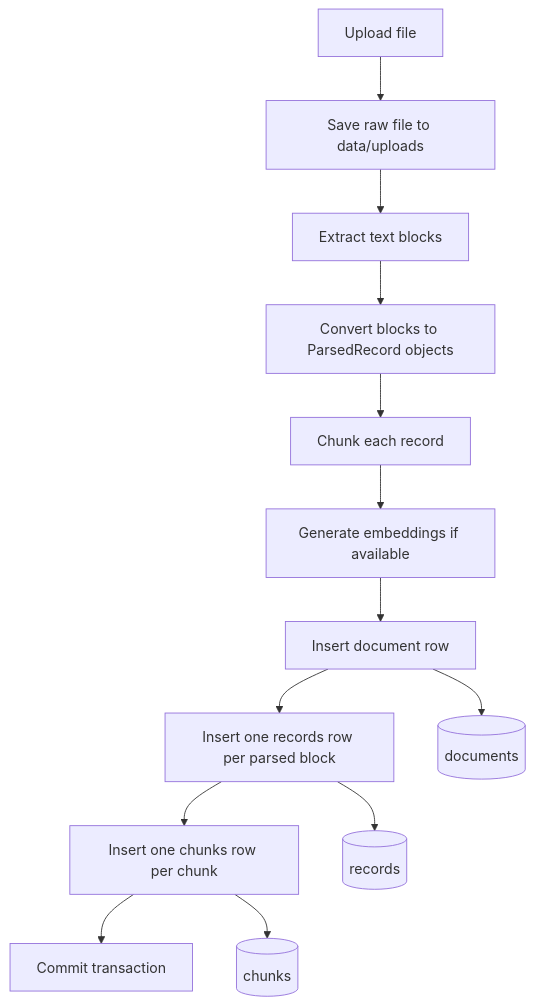
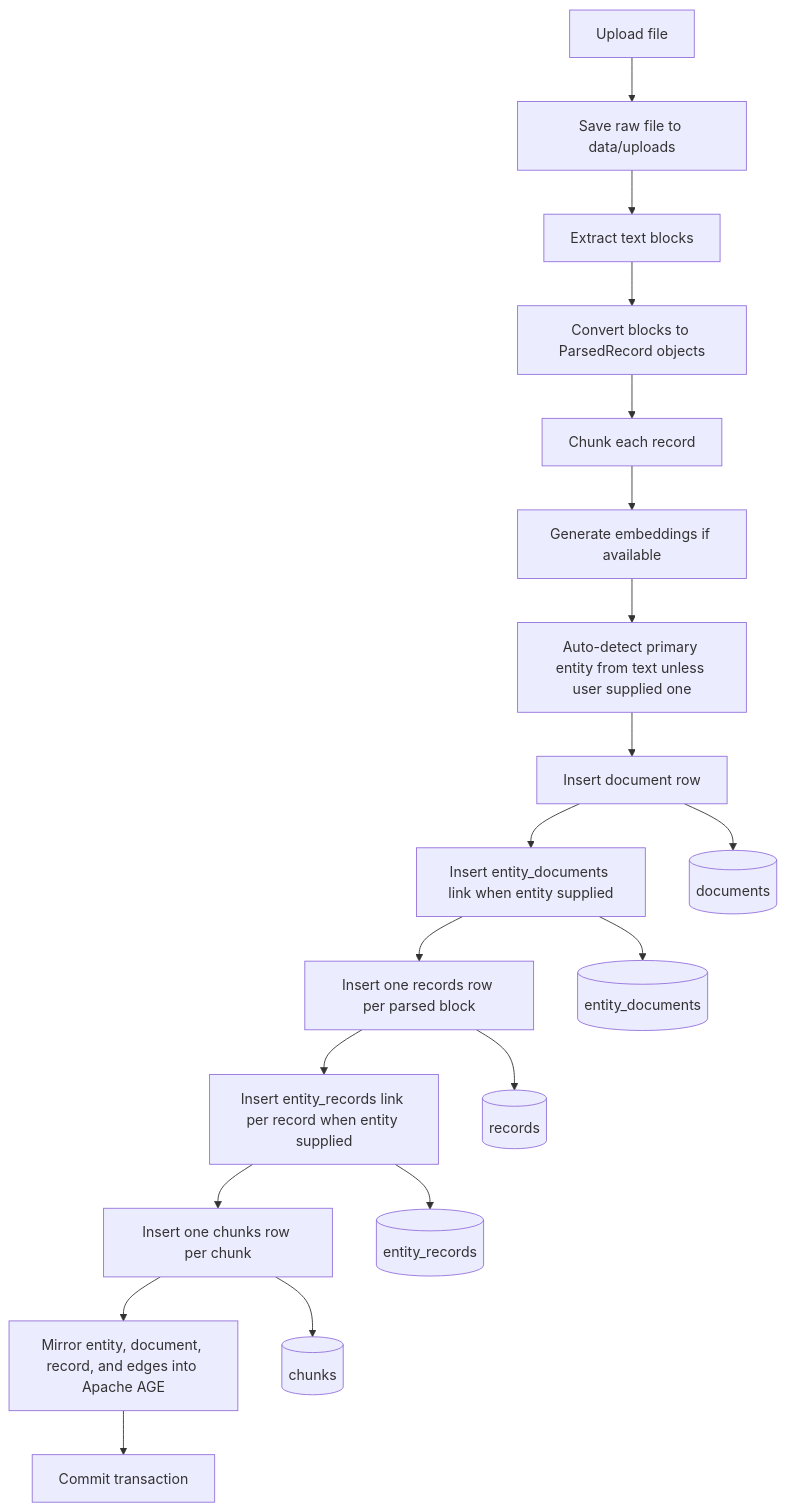
Before and after one commit to shreyas-dhakal/ndis_mvp: the third of 10 diagrams in agents/DB_FLOW.md, drawn with Mermaid. The commit also changed other lines of this file and 14 other files, not shown here.

````diff
--- a/agents/DB_FLOW.md
+++ b/agents/DB_FLOW.md
@@ -150,16 +174,22 @@
 ```mermaid
 flowchart TD
     A[Upload file] --> B[Save raw file to data/uploads]
     B --> C[Extract text blocks]
     C --> D[Convert blocks to ParsedRecord objects]
     D --> E[Chunk each record]
     E --> F[Generate embeddings if available]
-    F --> G[Insert document row]
-    G --> H[Insert one records row per parsed block]
-    H --> I[Insert one chunks row per chunk]
-    I --> J[Commit transaction]
+    F --> G[Auto-detect primary entity from text unless user supplied one]
+    G --> H[Insert document row]
+    H --> I[Insert entity_documents link when entity supplied]
+    I --> J[Insert one records row per parsed block]
+    J --> K[Insert entity_records link per record when entity supplied]
+    K --> L[Insert one chunks row per chunk]
+    L --> M[Mirror entity, document, record, and edges into Apache AGE]
+    M --> N[Commit transaction]
 
-    G --> K[(documents)]
-    H --> L[(records)]
-    I --> M[(chunks)]
+    H --> O[(documents)]
+    J --> P[(records)]
+    L --> Q[(chunks)]
+    I --> R[(entity_documents)]
+    K --> S[(entity_records)]
 ```
````
